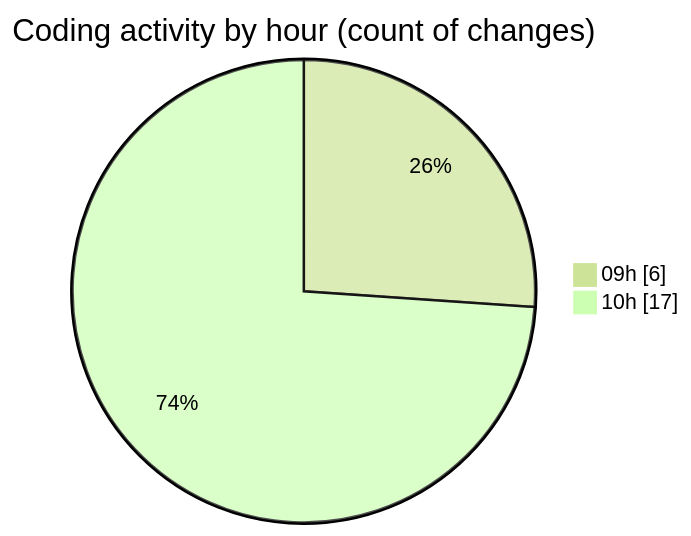
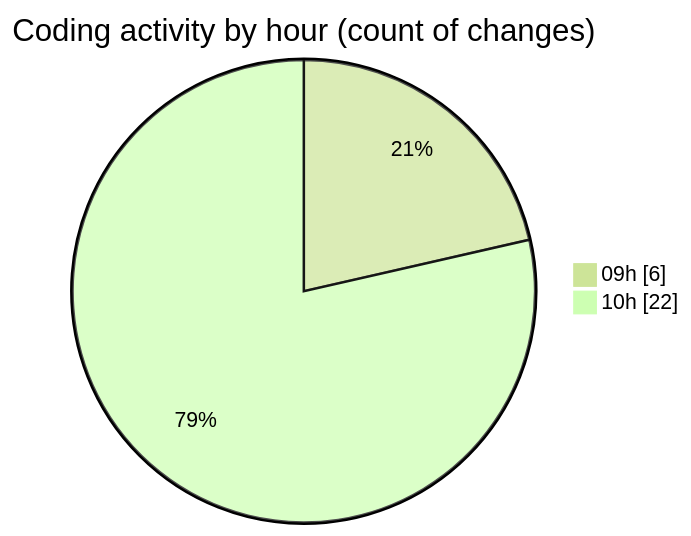
Before and after one commit to momahboobian/code-tracking: the second of 2 diagrams in 2025-03-27/cda/README.md, drawn with Mermaid (forest theme). The commit also changed other lines of this file and 1 other file, not shown here.

````diff
--- a/2025-03-27/cda/README.md
+++ b/2025-03-27/cda/README.md
@@ -28,6 +28,6 @@
 ```mermaid
 pie showData
 title Coding activity by hour (count of changes)
 "09h" : 6
-"10h" : 17
+"10h" : 22
 ```
````
